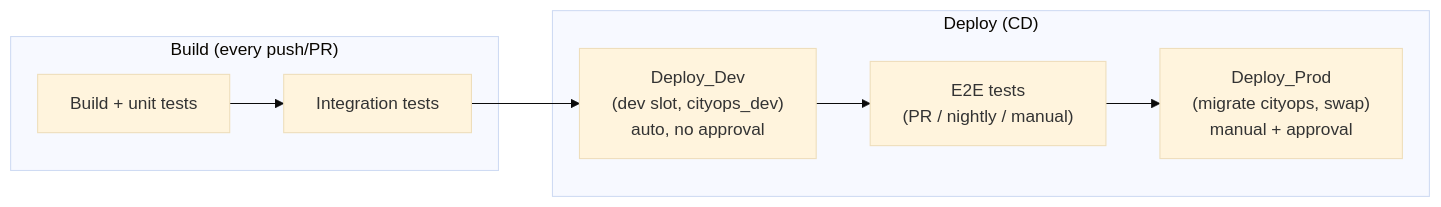
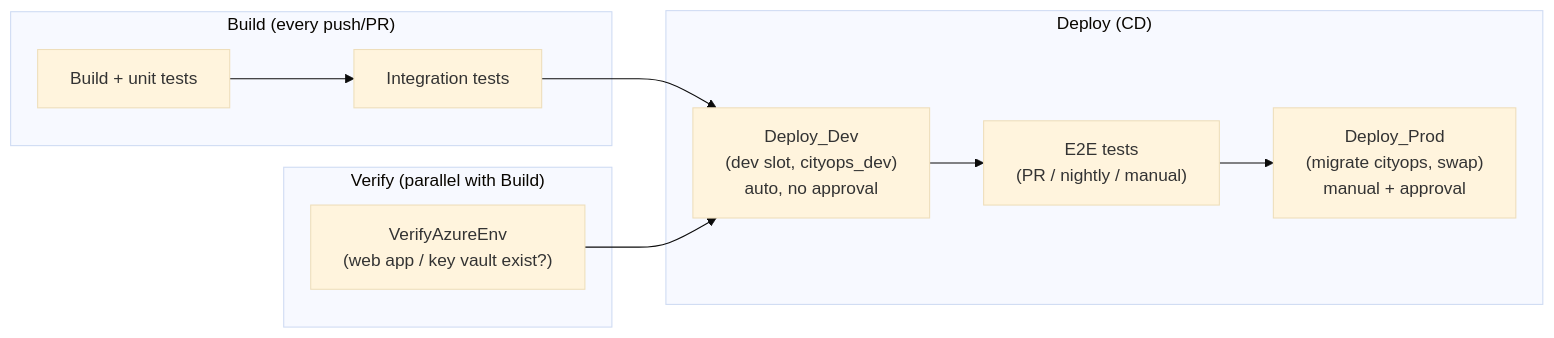
The diagram in docs/deployment-guidelines.md (zynsys/cityops), drawn with Mermaid (base theme) before and after one commit. The commit also changed other lines of this file and 6 other files, not shown here.

Commit message:
feat: add VerifyAzureEnv stage for fast existence checks of Azure resources and refactor related templates

````diff
--- a/docs/deployment-guidelines.md
+++ b/docs/deployment-guidelines.md
@@ -32,11 +32,15 @@
 ```mermaid
 flowchart LR
     subgraph CI["Build (every push/PR)"]
         A[Build + unit tests] --> B[Integration tests]
     end
+    subgraph V["Verify (parallel with Build)"]
+        V1["VerifyAzureEnv\n(web app / key vault exist?)"]
+    end
     subgraph CD["Deploy (CD)"]
         B --> C["Deploy_Dev\n(dev slot, cityops_dev)\nauto, no approval"]
+        V1 --> C
         C --> D["E2E tests\n(PR / nightly / manual)"]
         D --> E["Deploy_Prod\n(migrate cityops, swap)\nmanual + approval"]
     end
 ```
````
